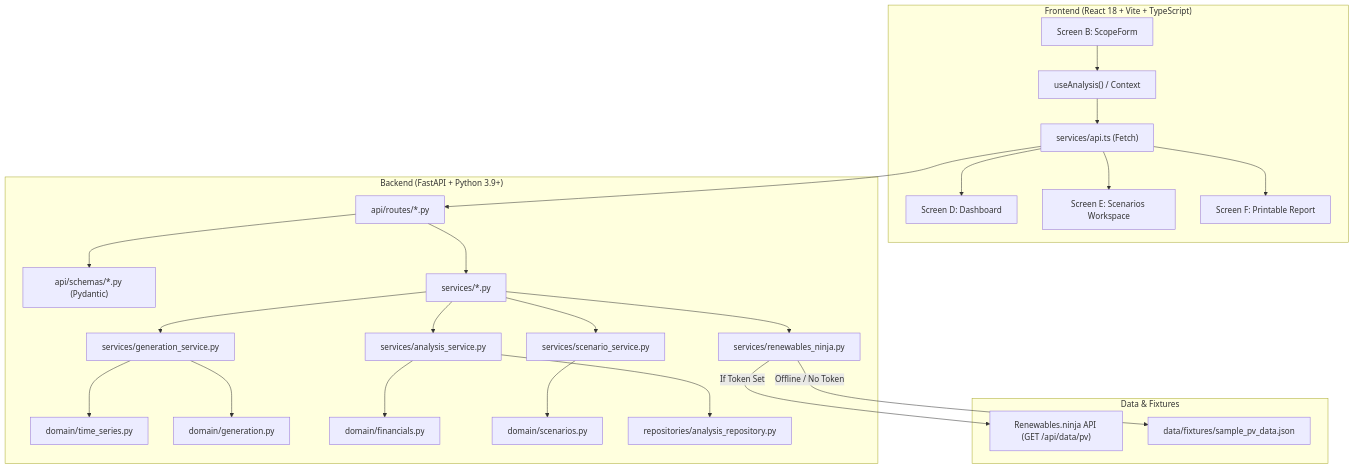
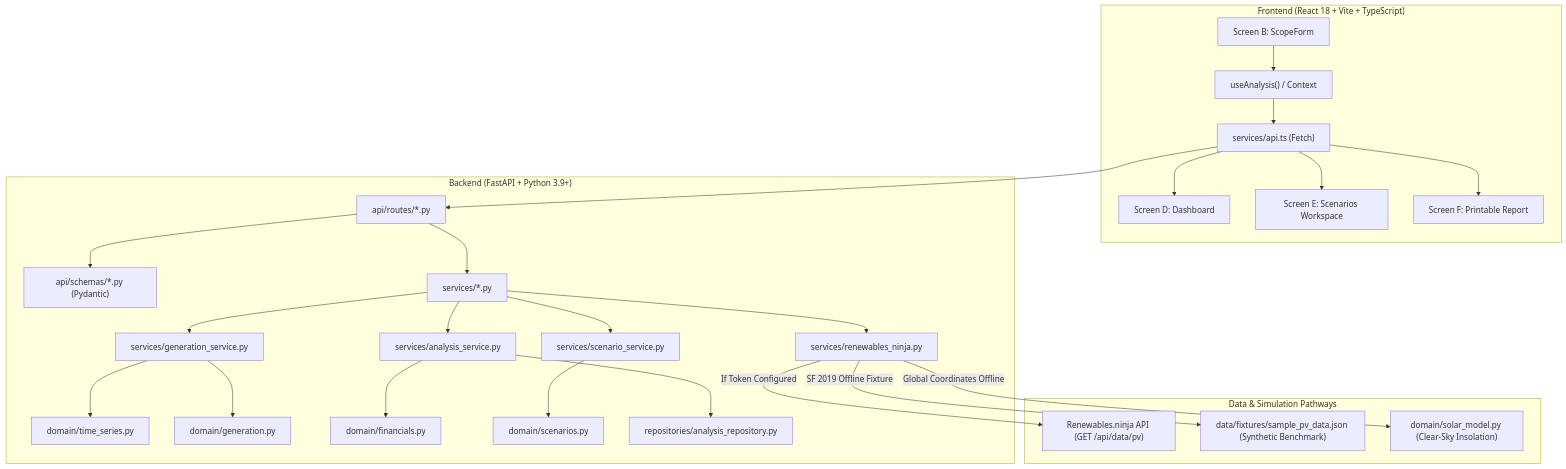
One commit to Learner2006/SolarScope changed the diagram in docs/architecture.md. Above: the diagram before and after it, drawn with Mermaid. The commit also changed other lines of this file and 62 other files, not shown here.

````diff
--- a/docs/architecture.md
+++ b/docs/architecture.md
@@ -7,33 +7,34 @@
 ```mermaid
 flowchart TD
     subgraph Frontend ["Frontend (React 18 + Vite + TypeScript)"]
         UI_Scope["Screen B: ScopeForm"] --> Hook_Analysis["useAnalysis() / Context"]
         Hook_Analysis --> API_Client["services/api.ts (Fetch)"]
         API_Client --> UI_Dash["Screen D: Dashboard"]
         API_Client --> UI_Scen["Screen E: Scenarios Workspace"]
         API_Client --> UI_Rep["Screen F: Printable Report"]
     end
 
     subgraph Backend ["Backend (FastAPI + Python 3.9+)"]
         API_Client --> Routes["api/routes/*.py"]
         Routes --> Schemas["api/schemas/*.py (Pydantic)"]
         Routes --> Services["services/*.py"]
         
         Services --> Adapter["services/renewables_ninja.py"]
         Services --> GenService["services/generation_service.py"]
         Services --> FinService["services/analysis_service.py"]
         Services --> ScenService["services/scenario_service.py"]
         
         GenService --> Domain_TS["domain/time_series.py"]
         GenService --> Domain_Gen["domain/generation.py"]
         FinService --> Domain_Fin["domain/financials.py"]
         ScenService --> Domain_Scen["domain/scenarios.py"]
         
         FinService --> Repo["repositories/analysis_repository.py"]
     end
 
-    subgraph External ["Data & Fixtures"]
-        Adapter -->|If Token Set| RN_API["Renewables.ninja API (GET /api/data/pv)"]
-        Adapter -->|Offline / No Token| Fixture["data/fixtures/sample_pv_data.json"]
+    subgraph External ["Data & Simulation Pathways"]
+        Adapter -->|If Token Configured| RN_API["Renewables.ninja API (GET /api/data/pv)"]
+        Adapter -->|SF 2019 Offline Fixture| Fixture["data/fixtures/sample_pv_data.json (Synthetic Benchmark)"]
+        Adapter -->|Global Coordinates Offline| Astro["domain/solar_model.py (Clear-Sky Insolation)"]
     end
 ```
````
